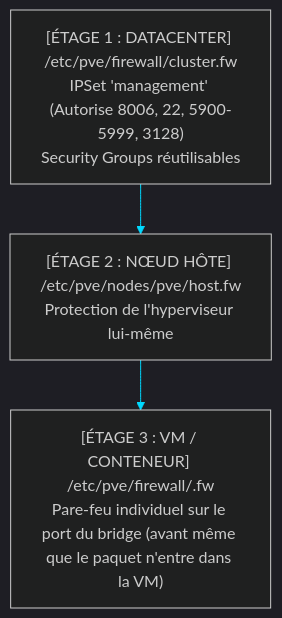
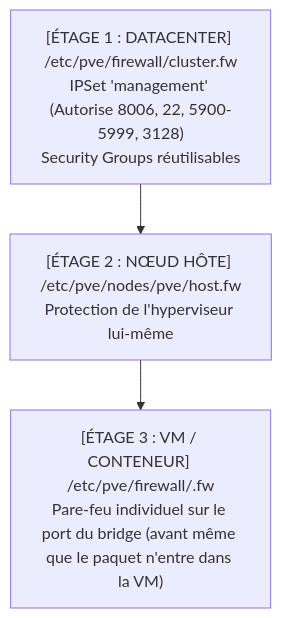
One commit to 0xCyberLiTech/Proxmox changed the diagram in PROXMOX-06-SECURITE-PARE-FEU-PVE-2FA-API-TOKENS.md. Above: the diagram before and after it, drawn with Mermaid. The commit also changed 10 other files, not shown here.

````diff
--- a/PROXMOX-06-SECURITE-PARE-FEU-PVE-2FA-API-TOKENS.md
+++ b/PROXMOX-06-SECURITE-PARE-FEU-PVE-2FA-API-TOKENS.md
@@ -70,6 +70,5 @@
 ```mermaid
-%%{init: {'theme': 'dark', 'themeVariables': { 'primaryColor': '#091326', 'primaryTextColor': '#f8fafc', 'primaryBorderColor': '#00d9ff', 'lineColor': '#00d9ff', 'secondaryColor': '#060b16', 'tertiaryColor': '#0b1528'}}}%%
 flowchart TD
     DC["[ÉTAGE 1 : DATACENTER] /etc/pve/firewall/cluster.fw<br/>IPSet 'management' (Autorise 8006, 22, 5900-5999, 3128)<br/>Security Groups réutilisables"] --> NODE["[ÉTAGE 2 : NŒUD HÔTE] /etc/pve/nodes/pve/host.fw<br/>Protection de l'hyperviseur lui-même"]
     NODE --> VMCT["[ÉTAGE 3 : VM / CONTENEUR] /etc/pve/firewall/<vmid>.fw<br/>Pare-feu individuel sur le port du bridge (avant même que le paquet n'entre dans la VM)"]
 ```
````
